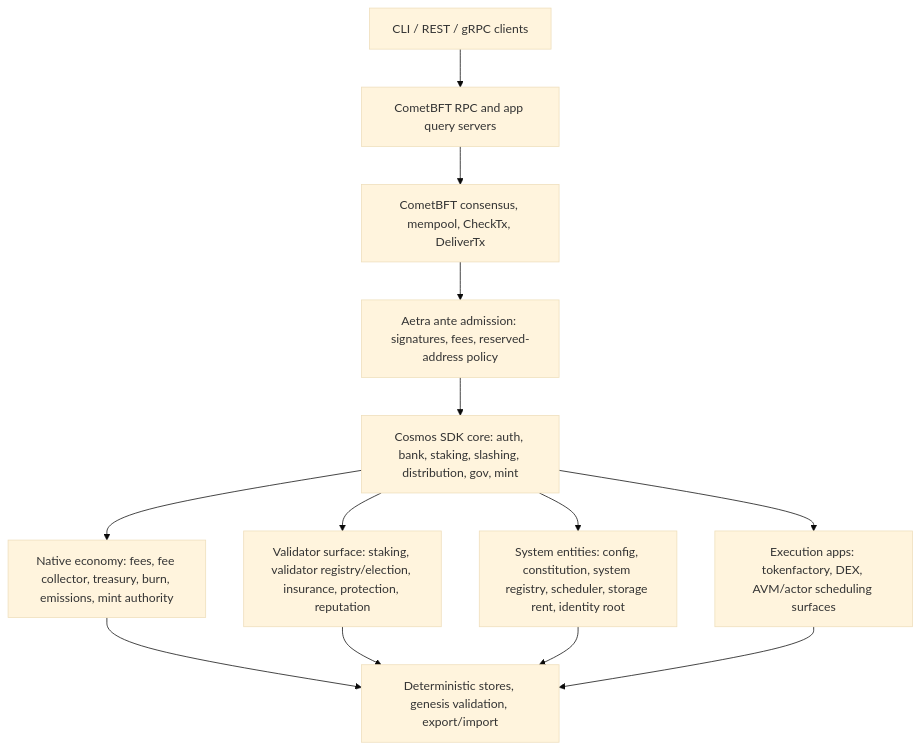
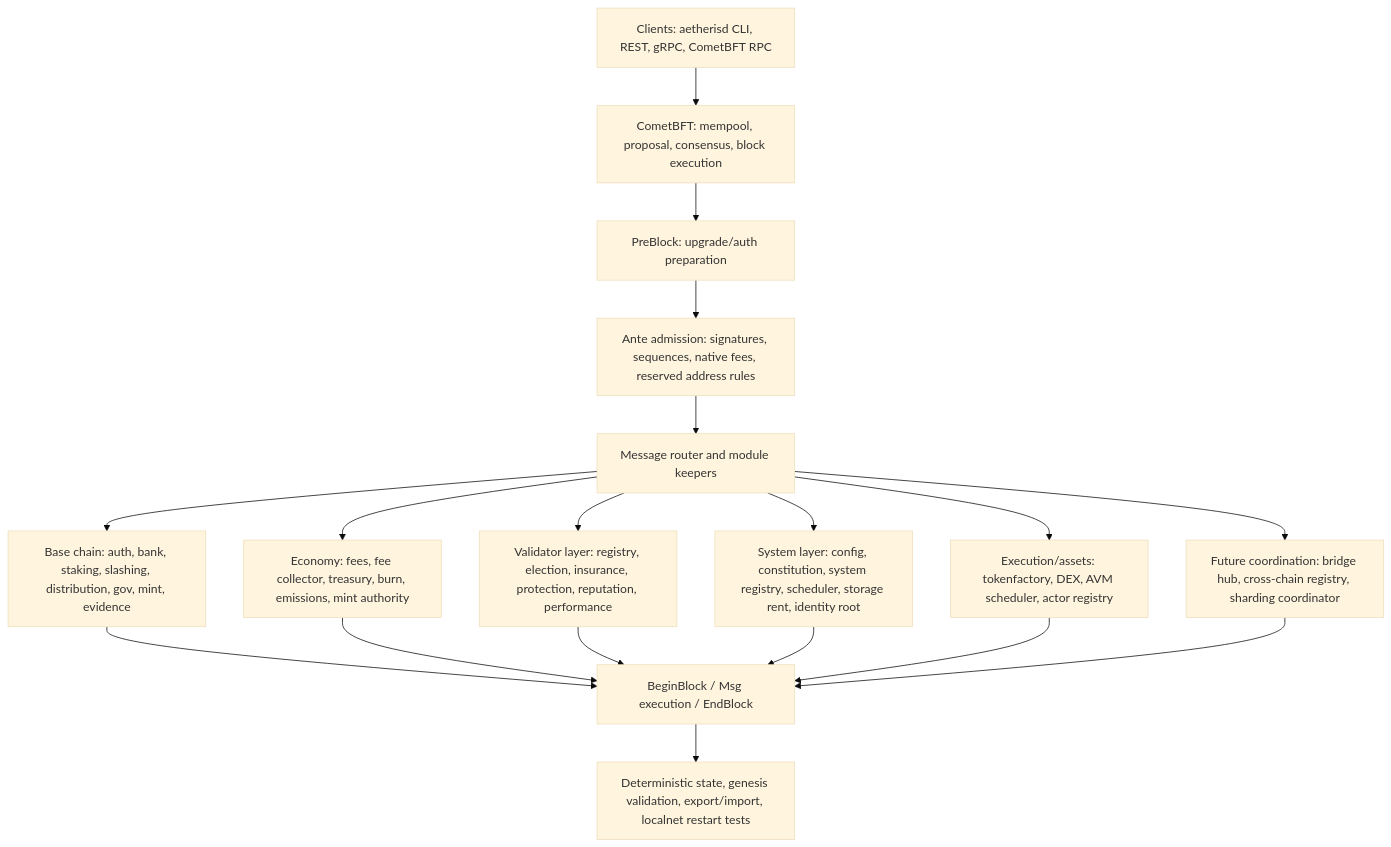
The diagram in README.md (SoftwareMaestro16/L1-Blockchain), drawn with Mermaid (base theme) before and after one commit. The commit also changed other lines of this file, not shown here.

Commit message:
Expand README current surface

````diff
--- a/README.md
+++ b/README.md
@@ -17,15 +19,23 @@
 ```mermaid
 flowchart TD
-  USER["CLI / REST / gRPC clients"] --> RPC["CometBFT RPC and app query servers"]
-  RPC --> CONSENSUS["CometBFT consensus, mempool, CheckTx, DeliverTx"]
-  CONSENSUS --> ANTE["Aetra ante admission: signatures, fees, reserved-address policy"]
-  ANTE --> CORE["Cosmos SDK core: auth, bank, staking, slashing, distribution, gov, mint"]
-  CORE --> ECON["Native economy: fees, fee collector, treasury, burn, emissions, mint authority"]
-  CORE --> POS["Validator surface: staking, validator registry/election, insurance, protection, reputation"]
-  CORE --> SYS["System entities: config, constitution, system registry, scheduler, storage rent, identity root"]
-  CORE --> EXEC["Execution apps: tokenfactory, DEX, AVM/actor scheduling surfaces"]
-  ECON --> STATE["Deterministic stores, genesis validation, export/import"]
-  POS --> STATE
-  SYS --> STATE
-  EXEC --> STATE
+  CLIENT["Clients: aetherisd CLI, REST, gRPC, CometBFT RPC"]
+  CLIENT --> CONSENSUS["CometBFT: mempool, proposal, consensus, block execution"]
+  CONSENSUS --> PREBLOCK["PreBlock: upgrade/auth preparation"]
+  PREBLOCK --> ANTE["Ante admission: signatures, sequences, native fees, reserved address rules"]
+  ANTE --> ROUTER["Message router and module keepers"]
+
+  ROUTER --> BASE["Base chain: auth, bank, staking, slashing, distribution, gov, mint, evidence"]
+  ROUTER --> ECON["Economy: fees, fee collector, treasury, burn, emissions, mint authority"]
+  ROUTER --> VALIDATORS["Validator layer: registry, election, insurance, protection, reputation, performance"]
+  ROUTER --> SYSTEM["System layer: config, constitution, system registry, scheduler, storage rent, identity root"]
+  ROUTER --> EXECUTION["Execution/assets: tokenfactory, DEX, AVM scheduler, actor registry"]
+  ROUTER --> NETWORK["Future coordination: bridge hub, cross-chain registry, sharding coordinator"]
+
+  BASE --> BLOCK["BeginBlock / Msg execution / EndBlock"]
+  ECON --> BLOCK
+  VALIDATORS --> BLOCK
+  SYSTEM --> BLOCK
+  EXECUTION --> BLOCK
+  NETWORK --> BLOCK
+  BLOCK --> STATE["Deterministic state, genesis validation, export/import, localnet restart tests"]
 ```
````
